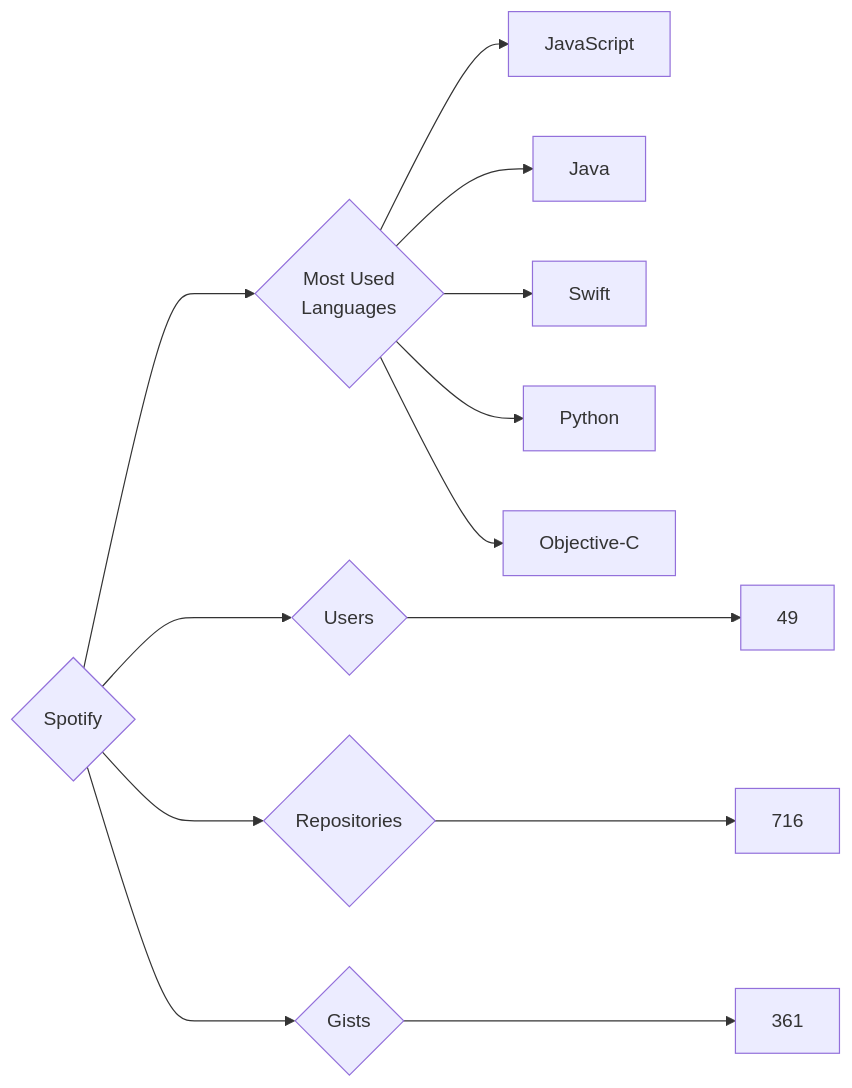
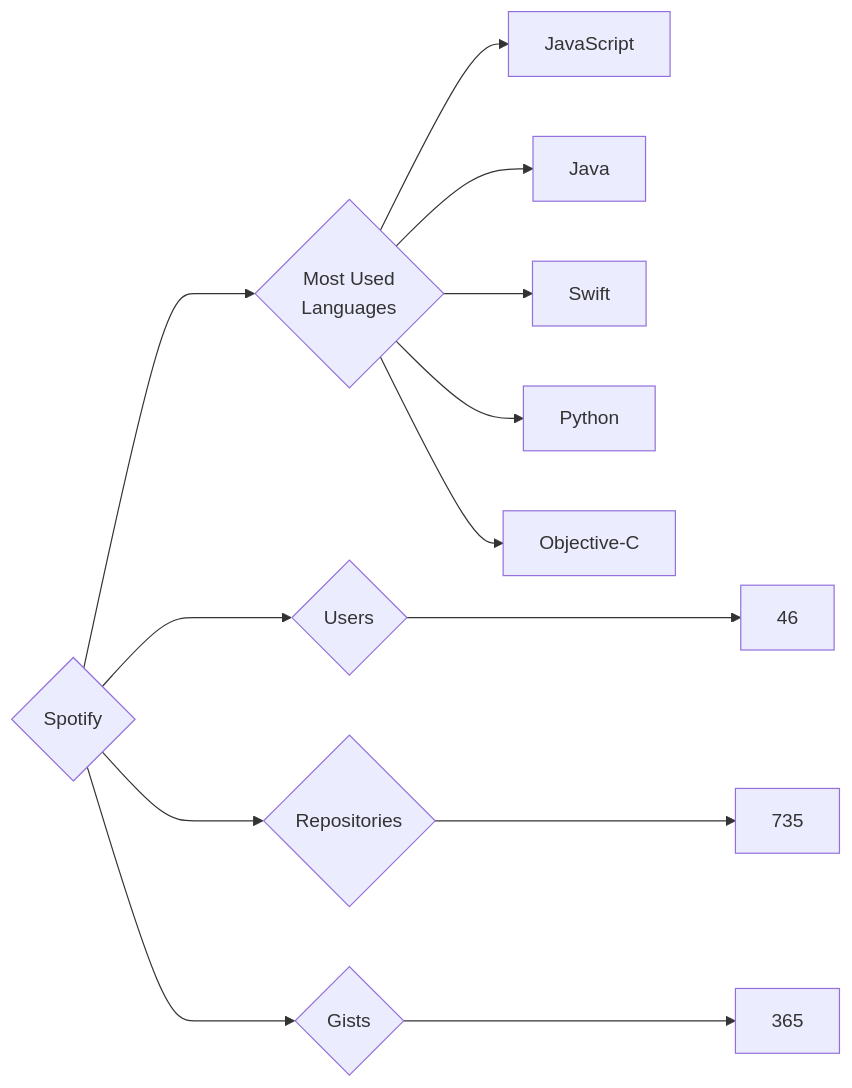
One commit to trickest/insiders changed the diagram in targets/Spotify/README.md. Above: the diagram before and after it, drawn with Mermaid. The commit also changed 799 other files, not shown here.

````diff
--- a/targets/Spotify/README.md
+++ b/targets/Spotify/README.md
@@ -3,13 +3,13 @@
 ```mermaid
 graph LR
 COMPANY_NAME{Spotify}
-COMPANY_NAME ---> U{Users} ---> UN[49]
-COMPANY_NAME ---> R{Repositories} ---> RN[716]
-COMPANY_NAME ---> G{Gists} ---> GN[361]
+COMPANY_NAME ---> U{Users} ---> UN[46]
+COMPANY_NAME ---> R{Repositories} ---> RN[735]
+COMPANY_NAME ---> G{Gists} ---> GN[365]
 COMPANY_NAME ---> ML{Most Used<br>Languages}
 ML --> JavaScript[JavaScript]
 ML --> Java[Java]
 ML --> Swift[Swift]
 ML --> Python[Python]
 ML --> Objective-C[Objective-C]
 ```
````
